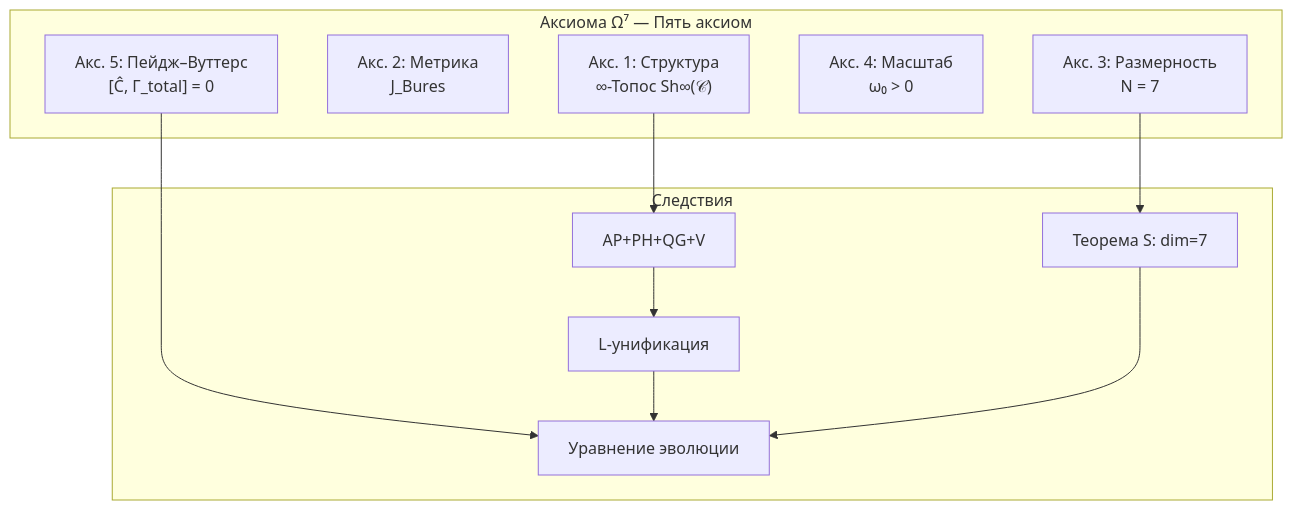
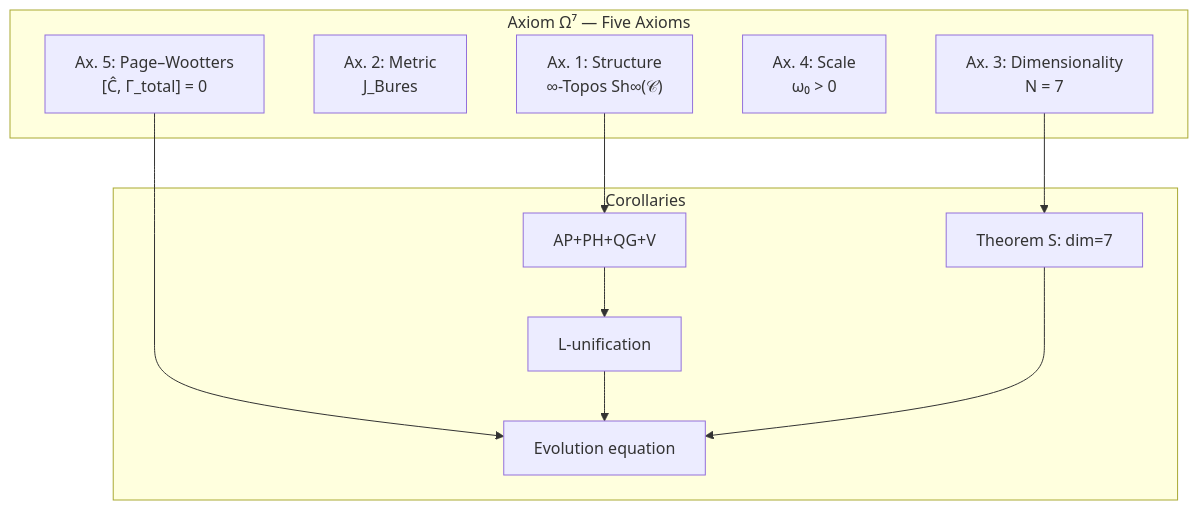
The first of 3 diagrams in website/docs/applied/coherence-cybernetics/axiomatics.md (uhm-theory/holon), drawn with Mermaid before and after one commit. The commit also changed other lines of this file and 28 other files, not shown here.

````diff
--- a/website/docs/applied/coherence-cybernetics/axiomatics.md
+++ b/website/docs/applied/coherence-cybernetics/axiomatics.md
@@ -234,22 +234,22 @@
 ```mermaid
 graph TD
-    subgraph "Аксиома Ω⁷ — Пять аксиом"
-        AX1["Акс. 1: Структура<br/>∞-Топос Sh∞(𝒞)"]
-        AX2["Акс. 2: Метрика<br/>J_Bures"]
-        AX3["Акс. 3: Размерность<br/>N = 7"]
-        AX4["Акс. 4: Масштаб<br/>ω₀ > 0"]
-        AX5["Акс. 5: Пейдж–Вуттерс<br/>[Ĉ, Γ_total] = 0"]
+    subgraph "Axiom Ω⁷ — Five Axioms"
+        AX1["Ax. 1: Structure<br/>∞-Topos Sh∞(𝒞)"]
+        AX2["Ax. 2: Metric<br/>J_Bures"]
+        AX3["Ax. 3: Dimensionality<br/>N = 7"]
+        AX4["Ax. 4: Scale<br/>ω₀ > 0"]
+        AX5["Ax. 5: Page–Wootters<br/>[Ĉ, Γ_total] = 0"]
     end
-    subgraph "Следствия"
-        S["Теорема S: dim=7"]
+    subgraph "Corollaries"
+        S["Theorem S: dim=7"]
         APQ["AP+PH+QG+V"]
-        LU["L-унификация"]
-        EVOL["Уравнение эволюции"]
+        LU["L-unification"]
+        EVOL["Evolution equation"]
     end
     AX1 --> APQ
     AX3 --> S
     AX5 --> EVOL
     APQ --> LU
     LU --> EVOL
     S --> EVOL
 ```
````
